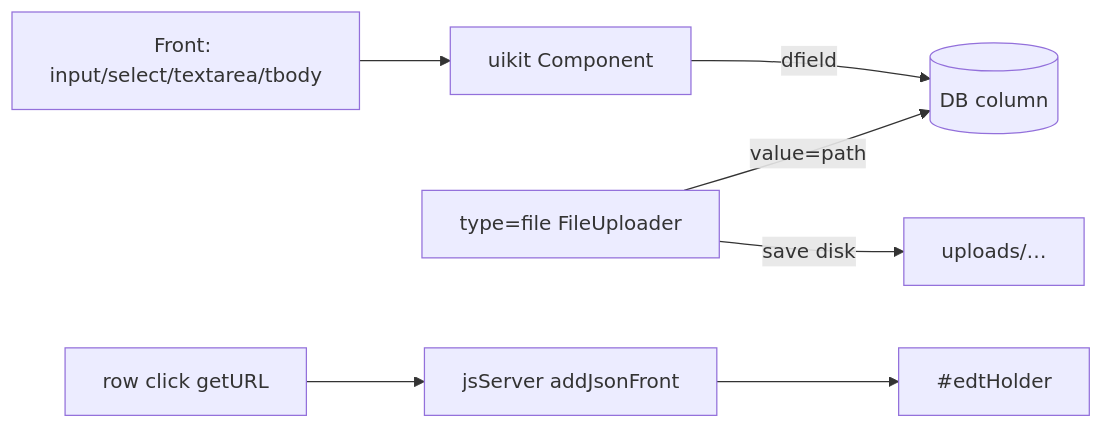
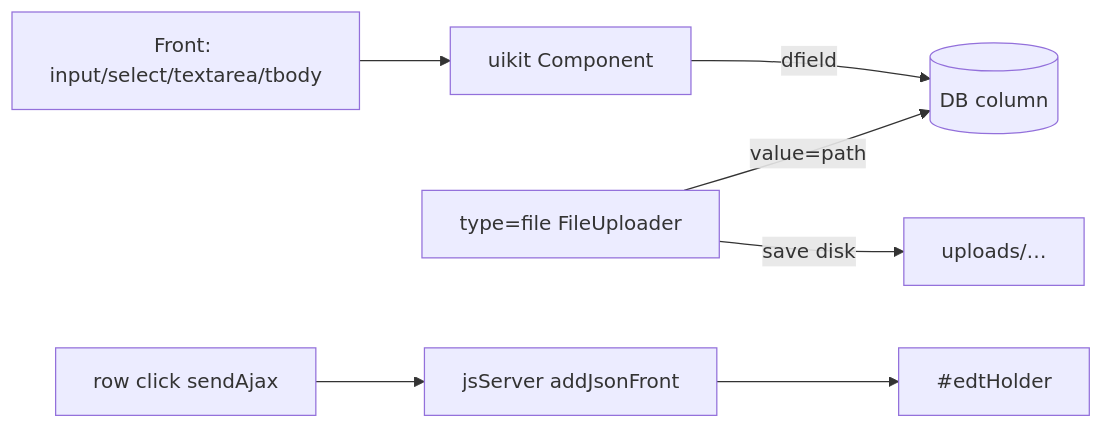
Before and after one commit to sartaj-sphp/SartajPHP-Framework: the diagram in res/docs/skills/17-builtin-form-and-data-components.md, drawn with Mermaid. The commit also changed other lines of this file and 191 other files, not shown here.

````diff
--- a/res/docs/skills/17-builtin-form-and-data-components.md
+++ b/res/docs/skills/17-builtin-form-and-data-components.md
@@ -15,9 +15,9 @@
 ```mermaid
 flowchart LR
   front["Front: input/select/textarea/tbody"] --> comp["uikit Component"]
   comp -->|dfield| db[(DB column)]
   file["type=file FileUploader"] -->|save disk| disk["uploads/…"]
   file -->|value=path| db
-  row["row click getURL"] --> ajax["jsServer addJsonFront"]
+  row["row click sendAjax"] --> ajax["jsServer addJsonFront"]
   ajax --> holder["#edtHolder"]
 ```
````
